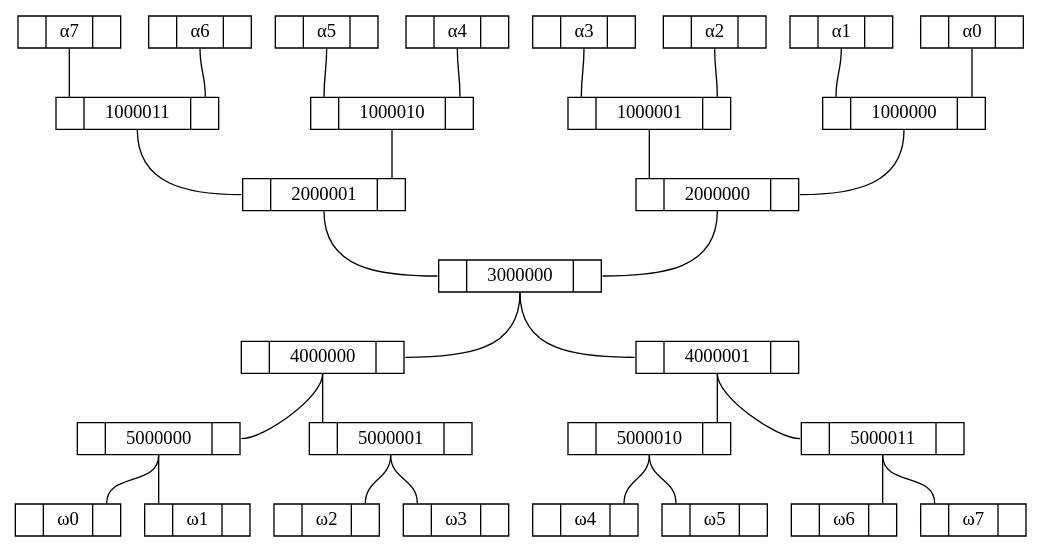
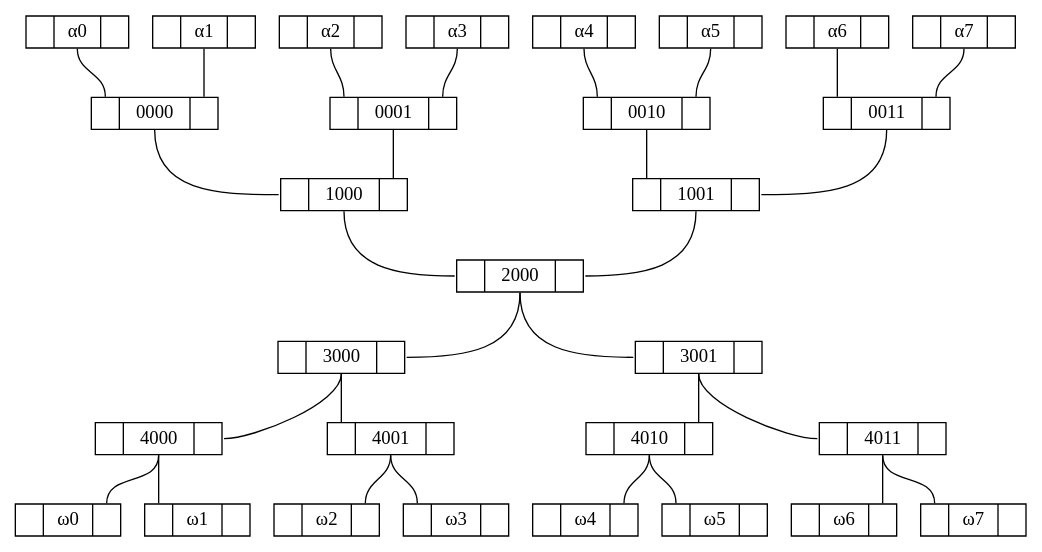
Before and after one commit to grootstebozewolf/networks: the diagram in 8 binairy tree general.gv.dot, drawn with Graphviz. The commit also changed 6 other files, not shown here.

```diff
--- a/8 binairy tree general.gv.dot
+++ b/8 binairy tree general.gv.dot
@@ -1,180 +1,180 @@
 graph "8 binairy tree general" {
 	graph [bb="0,0,710,384"];
 	node [height=.1,
 		label="\N",
 		shape=record
 	];
-	α000000	 [height=0.33333,
+	α000	 [height=0.33333,
 		label="<f0> |<f1> α0|<f2>",
+		pos="43.5,372",
+		rects="8,360.5,28,383.5 28,360.5,59,383.5 59,360.5,79,383.5",
+		width=0.98611];
+	0000	 [height=0.33333,
+		label="<f0> |<f1> 0000|<f2>",
+		pos="100.5,312",
+		rects="58.5,300.5,78.5,323.5 78.5,300.5,122.5,323.5 122.5,300.5,142.5,323.5",
+		width=1.1667];
+	α000:f1 -- 0000:f0	 [pos="43.5,360 43.5,340.52 68.5,343.48 68.5,324"];
+	1000	 [height=0.33333,
+		label="<f0> |<f1> 1000|<f2>",
+		pos="234.5,252",
+		rects="192.5,240.5,212.5,263.5 212.5,240.5,256.5,263.5 256.5,240.5,276.5,263.5",
+		width=1.1667];
+	0000:f1 -- 1000:f0	 [pos="100.5,300 100.5,254.27 145.77,252 191.5,252"];
+	α001	 [height=0.33333,
+		label="<f0> |<f1> α1|<f2>",
+		pos="132.5,372",
+		rects="97,360.5,117,383.5 117,360.5,148,383.5 148,360.5,168,383.5",
+		width=0.98611];
+	α001:f1 -- 0000:f2	 [pos="132.5,360 132.5,344 132.5,340 132.5,324"];
+	α010	 [height=0.33333,
+		label="<f0> |<f1> α2|<f2>",
+		pos="221.5,372",
+		rects="186,360.5,206,383.5 206,360.5,237,383.5 237,360.5,257,383.5",
+		width=0.98611];
+	0001	 [height=0.33333,
+		label="<f0> |<f1> 0001|<f2>",
+		pos="266.5,312",
+		rects="224.5,300.5,244.5,323.5 244.5,300.5,288.5,323.5 288.5,300.5,308.5,323.5",
+		width=1.1667];
+	α010:f1 -- 0001:f0	 [pos="221.5,360 221.5,342.99 234.5,341.01 234.5,324"];
+	0001:f1 -- 1000:f2	 [pos="266.5,300 266.5,284 266.5,280 266.5,264"];
+	α011	 [height=0.33333,
+		label="<f0> |<f1> α3|<f2>",
+		pos="310.5,372",
+		rects="275,360.5,295,383.5 295,360.5,326,383.5 326,360.5,346,383.5",
+		width=0.98611];
+	α011:f1 -- 0001:f2	 [pos="310.5,360 310.5,343.13 298.5,340.87 298.5,324"];
+	α100	 [height=0.33333,
+		label="<f0> |<f1> α4|<f2>",
+		pos="399.5,372",
+		rects="364,360.5,384,383.5 384,360.5,415,383.5 415,360.5,435,383.5",
+		width=0.98611];
+	0010	 [height=0.33333,
+		label="<f0> |<f1> 0010|<f2>",
+		pos="443.5,312",
+		rects="401.5,300.5,421.5,323.5 421.5,300.5,465.5,323.5 465.5,300.5,485.5,323.5",
+		width=1.1667];
+	α100:f1 -- 0010:f0	 [pos="399.5,360 399.5,343.13 411.5,340.87 411.5,324"];
+	1001	 [height=0.33333,
+		label="<f0> |<f1> 1001|<f2>",
+		pos="475.5,252",
+		rects="433.5,240.5,453.5,263.5 453.5,240.5,497.5,263.5 497.5,240.5,517.5,263.5",
+		width=1.1667];
+	0010:f1 -- 1001:f0	 [pos="443.5,300 443.5,284 443.5,280 443.5,264"];
+	α101	 [height=0.33333,
+		label="<f0> |<f1> α5|<f2>",
+		pos="488.5,372",
+		rects="453,360.5,473,383.5 473,360.5,504,383.5 504,360.5,524,383.5",
+		width=0.98611];
+	α101:f1 -- 0010:f2	 [pos="488.5,360 488.5,342.99 475.5,341.01 475.5,324"];
+	α110	 [height=0.33333,
+		label="<f0> |<f1> α6|<f2>",
+		pos="577.5,372",
+		rects="542,360.5,562,383.5 562,360.5,593,383.5 593,360.5,613,383.5",
+		width=0.98611];
+	0011	 [height=0.33333,
+		label="<f0> |<f1> 0011|<f2>",
+		pos="609.5,312",
+		rects="567.5,300.5,587.5,323.5 587.5,300.5,631.5,323.5 631.5,300.5,651.5,323.5",
+		width=1.1667];
+	α110:f1 -- 0011:f0	 [pos="577.5,360 577.5,344 577.5,340 577.5,324"];
+	0011:f1 -- 1001:f2	 [pos="609.5,300 609.5,254.27 564.23,252 518.5,252"];
+	α111	 [height=0.33333,
+		label="<f0> |<f1> α7|<f2>",
 		pos="666.5,372",
 		rects="631,360.5,651,383.5 651,360.5,682,383.5 682,360.5,702,383.5",
 		width=0.98611];
-	1000000	 [height=0.33333,
-		label="<f0> |<f1> 1000000|<f2>",
-		pos="619.5,312",
-		rects="567.5,300.5,587.5,323.5 587.5,300.5,651.5,323.5 651.5,300.5,671.5,323.5",
-		width=1.4444];
-	α000000:f1 -- 1000000:f2	 [pos="666.5,360 666.5,343.85 661.5,340.15 661.5,324"];
-	2000000	 [height=0.33333,
-		label="<f0> |<f1> 2000000|<f2>",
-		pos="485.5,252",
-		rects="433.5,240.5,453.5,263.5 453.5,240.5,517.5,263.5 517.5,240.5,537.5,263.5",
-		width=1.4444];
-	1000000:f1 -- 2000000:f2	 [pos="619.5,300 619.5,258.15 580.35,252 538.5,252"];
-	α000001	 [height=0.33333,
-		label="<f0> |<f1> α1|<f2>",
-		pos="577.5,372",
-		rects="542,360.5,562,383.5 562,360.5,593,383.5 593,360.5,613,383.5",
-		width=0.98611];
-	α000001:f1 -- 1000000:f0	 [pos="577.5,360 577.5,344 577.5,340 577.5,324"];
-	α000010	 [height=0.33333,
-		label="<f0> |<f1> α2|<f2>",
-		pos="488.5,372",
-		rects="453,360.5,473,383.5 473,360.5,504,383.5 504,360.5,524,383.5",
-		width=0.98611];
-	1000001	 [height=0.33333,
-		label="<f0> |<f1> 1000001|<f2>",
-		pos="443.5,312",
-		rects="391.5,300.5,411.5,323.5 411.5,300.5,475.5,323.5 475.5,300.5,495.5,323.5",
-		width=1.4444];
-	α000010:f1 -- 1000001:f2	 [pos="488.5,360 488.5,343.94 485.5,340.06 485.5,324"];
-	1000001:f1 -- 2000000:f0	 [pos="443.5,300 443.5,284 443.5,280 443.5,264"];
-	α000011	 [height=0.33333,
-		label="<f0> |<f1> α3|<f2>",
-		pos="399.5,372",
-		rects="364,360.5,384,383.5 384,360.5,415,383.5 415,360.5,435,383.5",
-		width=0.98611];
-	α000011:f1 -- 1000001:f0	 [pos="399.5,360 399.5,343.98 401.5,340.02 401.5,324"];
-	α000100	 [height=0.33333,
-		label="<f0> |<f1> α4|<f2>",
-		pos="310.5,372",
-		rects="275,360.5,295,383.5 295,360.5,326,383.5 326,360.5,346,383.5",
-		width=0.98611];
-	1000010	 [height=0.33333,
-		label="<f0> |<f1> 1000010|<f2>",
-		pos="265.5,312",
-		rects="213.5,300.5,233.5,323.5 233.5,300.5,297.5,323.5 297.5,300.5,317.5,323.5",
-		width=1.4444];
-	α000100:f1 -- 1000010:f2	 [pos="310.5,360 310.5,343.94 307.5,340.06 307.5,324"];
-	2000001	 [height=0.33333,
-		label="<f0> |<f1> 2000001|<f2>",
-		pos="223.5,252",
-		rects="171.5,240.5,191.5,263.5 191.5,240.5,255.5,263.5 255.5,240.5,275.5,263.5",
-		width=1.4444];
-	1000010:f1 -- 2000001:f2	 [pos="265.5,300 265.5,284 265.5,280 265.5,264"];
-	α000101	 [height=0.33333,
-		label="<f0> |<f1> α5|<f2>",
-		pos="221.5,372",
-		rects="186,360.5,206,383.5 206,360.5,237,383.5 237,360.5,257,383.5",
-		width=0.98611];
-	α000101:f1 -- 1000010:f0	 [pos="221.5,360 221.5,343.98 223.5,340.02 223.5,324"];
-	α000110	 [height=0.33333,
-		label="<f0> |<f1> α6|<f2>",
-		pos="132.5,372",
-		rects="97,360.5,117,383.5 117,360.5,148,383.5 148,360.5,168,383.5",
-		width=0.98611];
-	1000011	 [height=0.33333,
-		label="<f0> |<f1> 1000011|<f2>",
-		pos="90.5,312",
-		rects="38.5,300.5,58.5,323.5 58.5,300.5,122.5,323.5 122.5,300.5,142.5,323.5",
-		width=1.4444];
-	α000110:f1 -- 1000011:f2	 [pos="132.5,360 132.5,344 132.5,340 132.5,324"];
-	1000011:f1 -- 2000001:f0	 [pos="90.5,300 90.5,258.54 129.04,252 170.5,252"];
-	α000111	 [height=0.33333,
-		label="<f0> |<f1> α7|<f2>",
-		pos="43.5,372",
-		rects="8,360.5,28,383.5 28,360.5,59,383.5 59,360.5,79,383.5",
-		width=0.98611];
-	α000111:f1 -- 1000011:f0	 [pos="43.5,360 43.5,343.85 48.5,340.15 48.5,324"];
-	ω000000	 [height=0.33333,
+	α111:f1 -- 0011:f2	 [pos="666.5,360 666.5,340.52 641.5,343.48 641.5,324"];
+	ω000	 [height=0.33333,
 		label="<f0> |<f1> ω0|<f2>",
 		pos="36.5,12",
 		rects="0,0.5,20,23.5 20,0.5,53,23.5 53,0.5,73,23.5",
 		width=1.0139];
-	ω000001	 [height=0.33333,
+	ω001	 [height=0.33333,
 		label="<f0> |<f1> ω1|<f2>",
 		pos="127.5,12",
 		rects="91,0.5,111,23.5 111,0.5,144,23.5 144,0.5,164,23.5",
 		width=1.0139];
-	ω000010	 [height=0.33333,
+	ω010	 [height=0.33333,
 		label="<f0> |<f1> ω2|<f2>",
 		pos="218.5,12",
 		rects="182,0.5,202,23.5 202,0.5,235,23.5 235,0.5,255,23.5",
 		width=1.0139];
-	ω000011	 [height=0.33333,
+	ω011	 [height=0.33333,
 		label="<f0> |<f1> ω3|<f2>",
 		pos="309.5,12",
 		rects="273,0.5,293,23.5 293,0.5,326,23.5 326,0.5,346,23.5",
 		width=1.0139];
-	ω000100	 [height=0.33333,
+	ω100	 [height=0.33333,
 		label="<f0> |<f1> ω4|<f2>",
 		pos="400.5,12",
 		rects="364,0.5,384,23.5 384,0.5,417,23.5 417,0.5,437,23.5",
 		width=1.0139];
-	ω000101	 [height=0.33333,
+	ω101	 [height=0.33333,
 		label="<f0> |<f1> ω5|<f2>",
 		pos="491.5,12",
 		rects="455,0.5,475,23.5 475,0.5,508,23.5 508,0.5,528,23.5",
 		width=1.0139];
-	ω000110	 [height=0.33333,
+	ω110	 [height=0.33333,
 		label="<f0> |<f1> ω6|<f2>",
 		pos="582.5,12",
 		rects="546,0.5,566,23.5 566,0.5,599,23.5 599,0.5,619,23.5",
 		width=1.0139];
-	ω000111	 [height=0.33333,
+	ω111	 [height=0.33333,
 		label="<f0> |<f1> ω7|<f2>",
 		pos="673.5,12",
 		rects="637,0.5,657,23.5 657,0.5,690,23.5 690,0.5,710,23.5",
 		width=1.0139];
-	3000000	 [height=0.33333,
-		label="<f0> |<f1> 3000000|<f2>",
+	2000	 [height=0.33333,
+		label="<f0> |<f1> 2000|<f2>",
 		pos="354.5,192",
-		rects="302.5,180.5,322.5,203.5 322.5,180.5,386.5,203.5 386.5,180.5,406.5,203.5",
-		width=1.4444];
-	2000000:f1 -- 3000000:f2	 [pos="485.5,240 485.5,199.3 448.2,192 407.5,192"];
-	2000001:f1 -- 3000000:f0	 [pos="223.5,240 223.5,199.3 260.8,192 301.5,192"];
-	5000000	 [height=0.33333,
-		label="<f0> |<f1> 5000000|<f2>",
+		rects="312.5,180.5,332.5,203.5 332.5,180.5,376.5,203.5 376.5,180.5,396.5,203.5",
+		width=1.1667];
+	1000:f1 -- 2000:f0	 [pos="234.5,240 234.5,199.67 271.17,192 311.5,192"];
+	1001:f1 -- 2000:f2	 [pos="475.5,240 475.5,199.3 438.2,192 397.5,192"];
+	4000	 [height=0.33333,
+		label="<f0> |<f1> 4000|<f2>",
 		pos="100.5,72",
-		rects="48.5,60.5,68.5,83.5 68.5,60.5,132.5,83.5 132.5,60.5,152.5,83.5",
-		width=1.4444];
-	5000000:f1 -- ω000000:f2	 [pos="100.5,60 100.5,37.056 63.5,46.944 63.5,24"];
-	5000000:f1 -- ω000001:f0	 [pos="100.5,60 100.5,44 100.5,40 100.5,24"];
-	5000001	 [height=0.33333,
-		label="<f0> |<f1> 5000001|<f2>",
+		rects="58.5,60.5,78.5,83.5 78.5,60.5,122.5,83.5 122.5,60.5,142.5,83.5",
+		width=1.1667];
+	4000:f1 -- ω000:f2	 [pos="100.5,60 100.5,37.056 63.5,46.944 63.5,24"];
+	4000:f1 -- ω001:f0	 [pos="100.5,60 100.5,44 100.5,40 100.5,24"];
+	4001	 [height=0.33333,
+		label="<f0> |<f1> 4001|<f2>",
 		pos="263.5,72",
-		rects="211.5,60.5,231.5,83.5 231.5,60.5,295.5,83.5 295.5,60.5,315.5,83.5",
-		width=1.4444];
-	5000001:f1 -- ω000010:f2	 [pos="263.5,60 263.5,42.111 245.5,41.889 245.5,24"];
-	5000001:f1 -- ω000011:f0	 [pos="263.5,60 263.5,41.908 282.5,42.092 282.5,24"];
-	5000010	 [height=0.33333,
-		label="<f0> |<f1> 5000010|<f2>",
+		rects="221.5,60.5,241.5,83.5 241.5,60.5,285.5,83.5 285.5,60.5,305.5,83.5",
+		width=1.1667];
+	4001:f1 -- ω010:f2	 [pos="263.5,60 263.5,42.111 245.5,41.889 245.5,24"];
+	4001:f1 -- ω011:f0	 [pos="263.5,60 263.5,41.908 282.5,42.092 282.5,24"];
+	4010	 [height=0.33333,
+		label="<f0> |<f1> 4010|<f2>",
 		pos="445.5,72",
-		rects="393.5,60.5,413.5,83.5 413.5,60.5,477.5,83.5 477.5,60.5,497.5,83.5",
-		width=1.4444];
-	5000010:f1 -- ω000100:f2	 [pos="445.5,60 445.5,42.111 427.5,41.889 427.5,24"];
-	5000010:f1 -- ω000101:f0	 [pos="445.5,60 445.5,41.908 464.5,42.092 464.5,24"];
-	5000011	 [height=0.33333,
-		label="<f0> |<f1> 5000011|<f2>",
+		rects="403.5,60.5,423.5,83.5 423.5,60.5,467.5,83.5 467.5,60.5,487.5,83.5",
+		width=1.1667];
+	4010:f1 -- ω100:f2	 [pos="445.5,60 445.5,42.111 427.5,41.889 427.5,24"];
+	4010:f1 -- ω101:f0	 [pos="445.5,60 445.5,41.908 464.5,42.092 464.5,24"];
+	4011	 [height=0.33333,
+		label="<f0> |<f1> 4011|<f2>",
 		pos="609.5,72",
-		rects="557.5,60.5,577.5,83.5 577.5,60.5,641.5,83.5 641.5,60.5,661.5,83.5",
-		width=1.4444];
-	5000011:f1 -- ω000110:f2	 [pos="609.5,60 609.5,44 609.5,40 609.5,24"];
-	5000011:f1 -- ω000111:f0	 [pos="609.5,60 609.5,37.056 646.5,46.944 646.5,24"];
-	4000000	 [height=0.33333,
-		label="<f0> |<f1> 4000000|<f2>",
-		pos="221.5,132",
-		rects="169.5,120.5,189.5,143.5 189.5,120.5,253.5,143.5 253.5,120.5,273.5,143.5",
-		width=1.4444];
-	3000000:f1 -- 4000000:f2	 [pos="354.5,180 354.5,138.54 315.96,132 274.5,132"];
-	4000001	 [height=0.33333,
-		label="<f0> |<f1> 4000001|<f2>",
-		pos="487.5,132",
-		rects="435.5,120.5,455.5,143.5 455.5,120.5,519.5,143.5 519.5,120.5,539.5,143.5",
-		width=1.4444];
-	3000000:f1 -- 4000001:f0	 [pos="354.5,180 354.5,138.54 393.04,132 434.5,132"];
-	4000000:f1 -- 5000000:f2	 [pos="221.5,120 221.5,101.5 172,72 153.5,72"];
-	4000000:f1 -- 5000001:f0	 [pos="221.5,120 221.5,104 221.5,100 221.5,84"];
-	4000001:f1 -- 5000010:f2	 [pos="487.5,120 487.5,104 487.5,100 487.5,84"];
-	4000001:f1 -- 5000011:f0	 [pos="487.5,120 487.5,101.32 537.82,72 556.5,72"];
+		rects="567.5,60.5,587.5,83.5 587.5,60.5,631.5,83.5 631.5,60.5,651.5,83.5",
+		width=1.1667];
+	4011:f1 -- ω110:f2	 [pos="609.5,60 609.5,44 609.5,40 609.5,24"];
+	4011:f1 -- ω111:f0	 [pos="609.5,60 609.5,37.056 646.5,46.944 646.5,24"];
+	3000	 [height=0.33333,
+		label="<f0> |<f1> 3000|<f2>",
+		pos="231.5,132",
+		rects="189.5,120.5,209.5,143.5 209.5,120.5,253.5,143.5 253.5,120.5,273.5,143.5",
+		width=1.1667];
+	2000:f1 -- 3000:f2	 [pos="354.5,180 354.5,138.54 315.96,132 274.5,132"];
+	3001	 [height=0.33333,
+		label="<f0> |<f1> 3001|<f2>",
+		pos="477.5,132",
+		rects="435.5,120.5,455.5,143.5 455.5,120.5,499.5,143.5 499.5,120.5,519.5,143.5",
+		width=1.1667];
+	2000:f1 -- 3001:f0	 [pos="354.5,180 354.5,138.54 393.04,132 434.5,132"];
+	3000:f1 -- 4000:f2	 [pos="231.5,120 231.5,97.725 165.78,72 143.5,72"];
+	3000:f1 -- 4001:f0	 [pos="231.5,120 231.5,104 231.5,100 231.5,84"];
+	3001:f1 -- 4010:f2	 [pos="477.5,120 477.5,104 477.5,100 477.5,84"];
+	3001:f1 -- 4011:f0	 [pos="477.5,120 477.5,97.529 544.03,72 566.5,72"];
 }
```
